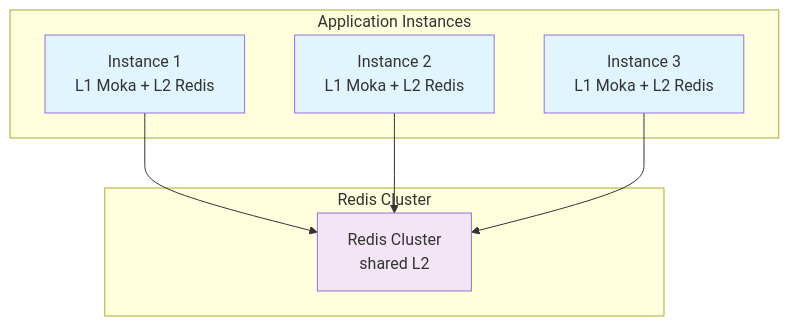
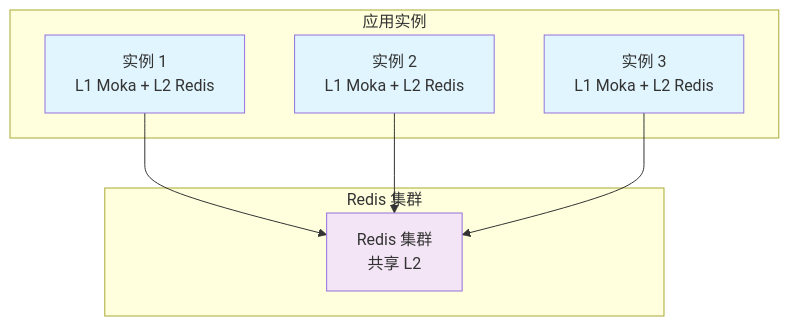
Before and after one commit to Kirky-X/oxcache: the sixth of 6 diagrams in docs/ARCHITECTURE.md, drawn with Mermaid. The commit also changed other lines of this file and 11 other files, not shown here.

````diff
--- a/docs/ARCHITECTURE.md
+++ b/docs/ARCHITECTURE.md
@@ -791,21 +791,21 @@
 ```mermaid
 graph TD
-    subgraph "Application Instances"
-        I1[Instance 1<br/>L1 Moka + L2 Redis]
-        I2[Instance 2<br/>L1 Moka + L2 Redis]
-        I3[Instance 3<br/>L1 Moka + L2 Redis]
+    subgraph "应用实例"
+        I1["实例 1<br/>L1 Moka + L2 Redis"]
+        I2["实例 2<br/>L1 Moka + L2 Redis"]
+        I3["实例 3<br/>L1 Moka + L2 Redis"]
     end
 
-    subgraph "Redis Cluster"
-        R[Redis Cluster<br/>shared L2]
+    subgraph "Redis 集群"
+        R["Redis 集群<br/>共享 L2"]
     end
 
     I1 --> R
     I2 --> R
     I3 --> R
 
     style I1 fill:#e1f5fe
     style I2 fill:#e1f5fe
     style I3 fill:#e1f5fe
     style R fill:#f3e5f5
 ```
````
